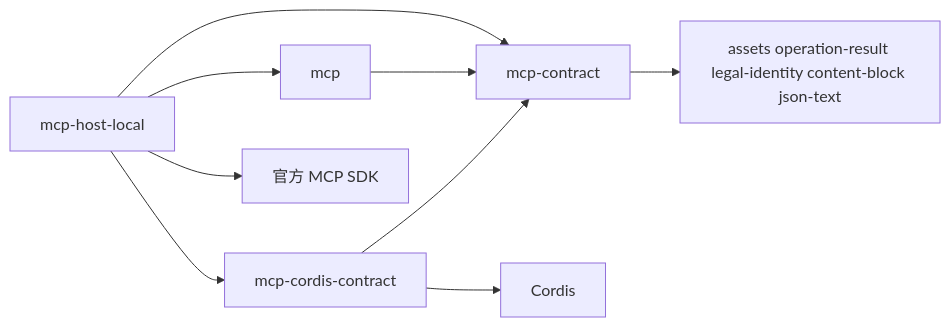
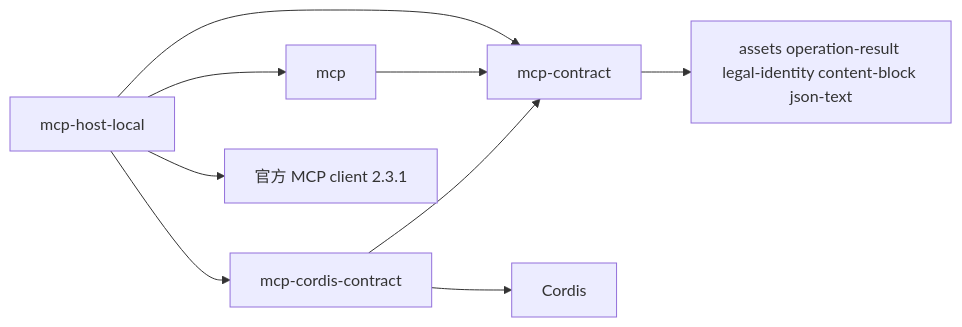
One commit to nemori-ai/omne-harness-lite changed the diagram in packages/mcp/README.md. Above: the diagram before and after it, drawn with Mermaid. The commit also changed other lines of this file and 4 other files, not shown here.

First line of the commit message:
docs(mcp): 按第 2 轮裁定写全 SDK 依据、逐动作权限声明与旧材料约束（#0）

````diff
--- a/packages/mcp/README.md
+++ b/packages/mcp/README.md
@@ -24,11 +24,11 @@
 ```mermaid
 flowchart LR
     hostLocal[mcp-host-local] --> mcp[mcp]
     hostLocal --> cordisContract[mcp-cordis-contract]
     hostLocal --> contract[mcp-contract]
-    hostLocal --> sdk[官方 MCP SDK]
+    hostLocal --> sdk[官方 MCP client 2.3.1]
     mcp --> contract
     cordisContract --> contract
     cordisContract --> cordis[Cordis]
     contract --> common[assets operation-result legal-identity content-block json-text]
 ```
````
